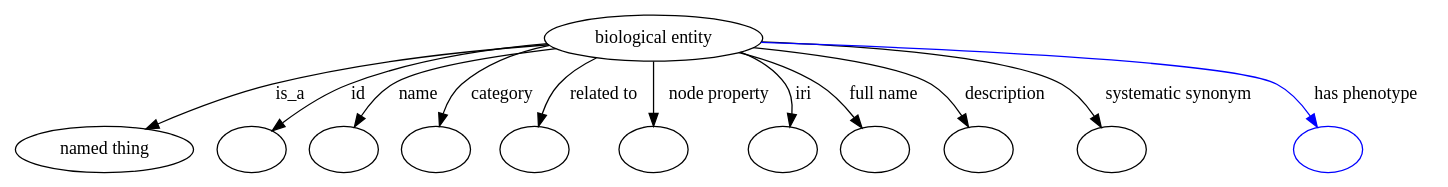
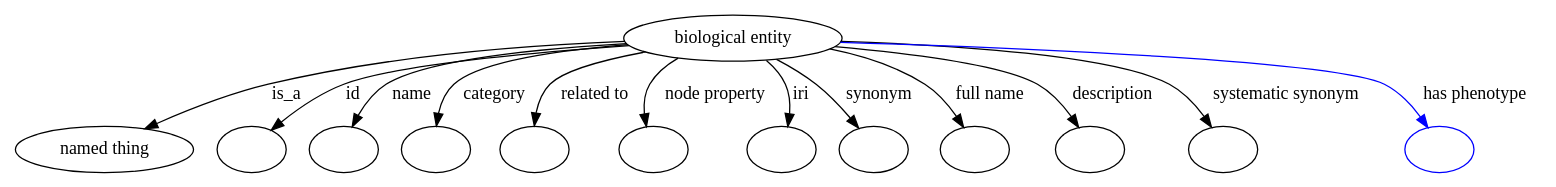
Before and after one commit to biolink/biolink-model: the diagram in graphviz/biological_entity.gv, drawn with Graphviz. The commit also changed 900 other files, not shown here.

```diff
--- a/graphviz/biological_entity.gv
+++ b/graphviz/biological_entity.gv
@@ -1,114 +1,124 @@
 digraph {
-	graph [bb="0,0,931.55,122"];
+	graph [bb="0,0,1002.5,122"];
 	node [label="\N"];
 	"biological entity"	 [height=0.5,
 		label="biological entity",
-		pos="443.07,104",
+		pos="493.07,104",
 		width=1.884];
 	"named thing"	 [height=0.5,
 		pos="54.069,18",
 		width=1.5019];
 	"biological entity" -> "named thing"	 [label=is_a,
-		lp="200.35,61",
-		pos="e,86.863,32.467 377.98,98.694 326.1,93.535 251.9,84.067 188.52,68 156.94,59.996 122.54,47.12 96.437,36.439"];
+		lp="197.35,61",
+		pos="e,85.774,32.602 425.93,100.92 363.06,96.913 266.85,87.903 185.52,68 154.39,60.383 120.64,47.436 95.125,36.625"];
 	id	 [color=black,
 		height=0.5,
 		label="",
 		pos="153.07,18",
 		width=0.75];
 	"biological entity" -> id	 [color=black,
 		label=id,
-		lp="252.51,61",
-		pos="e,172.58,30.818 379.71,97.513 340.46,92.257 289.47,83.159 246.18,68 223.32,59.996 199.28,46.954 181.36,36.196",
+		lp="248.51,61",
+		pos="e,171.91,31.309 429.5,97.57 366.87,90.752 275.83,79.411 242.18,68 220.35,60.598 197.72,47.829 180.73,37.048",
 		style=solid];
 	name	 [color=black,
 		height=0.5,
 		label="",
 		pos="225.07,18",
 		width=0.75];
 	"biological entity" -> name	 [color=black,
 		label=name,
-		lp="296.23,61",
-		pos="e,238.6,33.896 379.61,97.601 348.52,92.592 311.3,83.708 280.75,68 267.81,61.343 255.53,50.935 245.81,41.334",
+		lp="291.23,61",
+		pos="e,236.97,34.173 429.29,97.748 375.06,91.65 301.94,81.351 275.75,68 263.54,61.773 252.39,51.553 243.68,41.971",
 		style=solid];
 	category	 [color=black,
 		height=0.5,
 		label="",
 		pos="297.07,18",
 		width=0.75];
 	"biological entity" -> category	 [color=black,
 		label=category,
-		lp="351.17,61",
-		pos="e,303.68,35.537 384.7,94.739 364.83,89.412 343.47,81.062 326.88,68 319.06,61.849 312.85,53.039 308.16,44.523",
+		lp="345.17,61",
+		pos="e,301.24,35.818 430.74,96.852 388.68,90.945 337.86,81.355 320.88,68 313.6,62.277 308.42,53.783 304.81,45.413",
 		style=solid];
 	"related to"	 [color=black,
 		height=0.5,
 		label="",
 		pos="369.07,18",
 		width=0.75];
 	"biological entity" -> "related to"	 [color=black,
 		label="related to",
-		lp="413.31,61",
-		pos="e,372.35,36.08 410.24,88.197 401.61,82.778 392.95,76.018 386.6,68 381.51,61.584 377.84,53.586 375.22,45.882",
+		lp="406.31,61",
+		pos="e,368.59,36.2 440.22,92.656 414.87,86.174 388.16,77.463 379.6,68 374.22,62.055 371.32,54.074 369.83,46.237",
 		style=solid];
 	"node property"	 [color=black,
 		height=0.5,
 		label="",
-		pos="442.07,18",
+		pos="441.07,18",
 		width=0.75];
 	"biological entity" -> "node property"	 [color=black,
 		label="node property",
-		lp="482.14,61",
-		pos="e,442.28,36.212 442.86,85.762 442.72,74.36 442.55,59.434 442.4,46.494",
+		lp="479.14,61",
+		pos="e,436.52,36.109 459.28,88.283 451.54,82.988 444.31,76.269 439.93,68 436.44,61.431 435.42,53.661 435.6,46.23",
 		style=solid];
 	iri	 [color=black,
 		height=0.5,
 		label="",
-		pos="514.07,18",
+		pos="513.07,18",
 		width=0.75];
 	"biological entity" -> iri	 [color=black,
 		label=iri,
-		lp="532.29,61",
-		pos="e,522.47,35.429 492.86,91.504 504.36,86.184 515.22,78.648 522.07,68 526.37,61.317 526.63,53.12 525.18,45.311",
+		lp="530.29,61",
+		pos="e,520.53,35.478 511.11,86.442 515.56,80.996 519.72,74.66 522.07,68 524.61,60.795 524.4,52.741 523.01,45.237",
+		style=solid];
+	synonym	 [color=black,
+		height=0.5,
+		label="",
+		pos="585.07,18",
+		width=0.75];
+	"biological entity" -> synonym	 [color=black,
+		label=synonym,
+		lp="579.74,61",
+		pos="e,571.98,34.008 517.19,86.873 524.75,81.151 532.97,74.556 540.07,68 548.87,59.87 557.84,50.226 565.44,41.587",
 		style=solid];
 	"full name"	 [color=black,
 		height=0.5,
 		label="",
-		pos="586.07,18",
+		pos="657.07,18",
 		width=0.75];
 	"biological entity" -> "full name"	 [color=black,
 		label="full name",
-		lp="584.7,61",
-		pos="e,574.69,34.815 492.23,91.505 508.92,85.904 527.12,78.208 542.07,68 552.01,61.212 561.15,51.674 568.49,42.746",
+		lp="653.7,61",
+		pos="e,644.88,34.514 547.46,93.186 567.77,87.628 590.41,79.525 609.07,68 620,61.25 630.16,51.437 638.29,42.289",
 		style=solid];
 	description	 [color=black,
 		height=0.5,
 		label="",
-		pos="658.07,18",
+		pos="729.07,18",
 		width=0.75];
 	"biological entity" -> description	 [color=black,
 		label=description,
-		lp="663.17,61",
-		pos="e,647.76,34.956 503.48,95.563 545.18,88.955 596.35,79.053 615.07,68 625.49,61.849 634.63,52.258 641.77,43.115",
+		lp="733.17,61",
+		pos="e,718.16,35.042 555.22,96.653 602.27,90.288 662.38,80.195 684.07,68 694.83,61.953 704.37,52.381 711.87,43.223",
 		style=solid];
 	"systematic synonym"	 [color=black,
 		height=0.5,
 		label="",
-		pos="742.07,18",
+		pos="814.07,18",
 		width=0.75];
 	"biological entity" -> "systematic synonym"	 [color=black,
 		label="systematic synonym",
-		lp="773.04,61",
-		pos="e,731.93,34.761 509.27,99.866 573.7,94.921 666.39,85.087 698.07,68 708.98,62.116 718.46,52.393 725.81,43.079",
+		lp="843.04,61",
+		pos="e,803.32,34.81 559.88,100.48 629.39,95.903 732.92,86.239 768.07,68 779.41,62.118 789.38,52.266 797.12,42.856",
 		style=solid];
 	"has phenotype"	 [color=blue,
 		height=0.5,
 		label="",
-		pos="879.07,18",
+		pos="951.07,18",
 		width=0.75];
 	"biological entity" -> "has phenotype"	 [color=blue,
 		label="has phenotype",
-		lp="891.31,61",
-		pos="e,868.73,34.98 509.69,100.51 613.73,94.675 805.85,82.154 834.07,68 845.37,62.331 855.17,52.512 862.7,43.068",
+		lp="962.31,61",
+		pos="e,940.11,35.009 559.98,100.75 668.53,95.091 873.94,82.621 904.07,68 915.67,62.367 925.87,52.554 933.77,43.105",
 		style=solid];
 }
```
